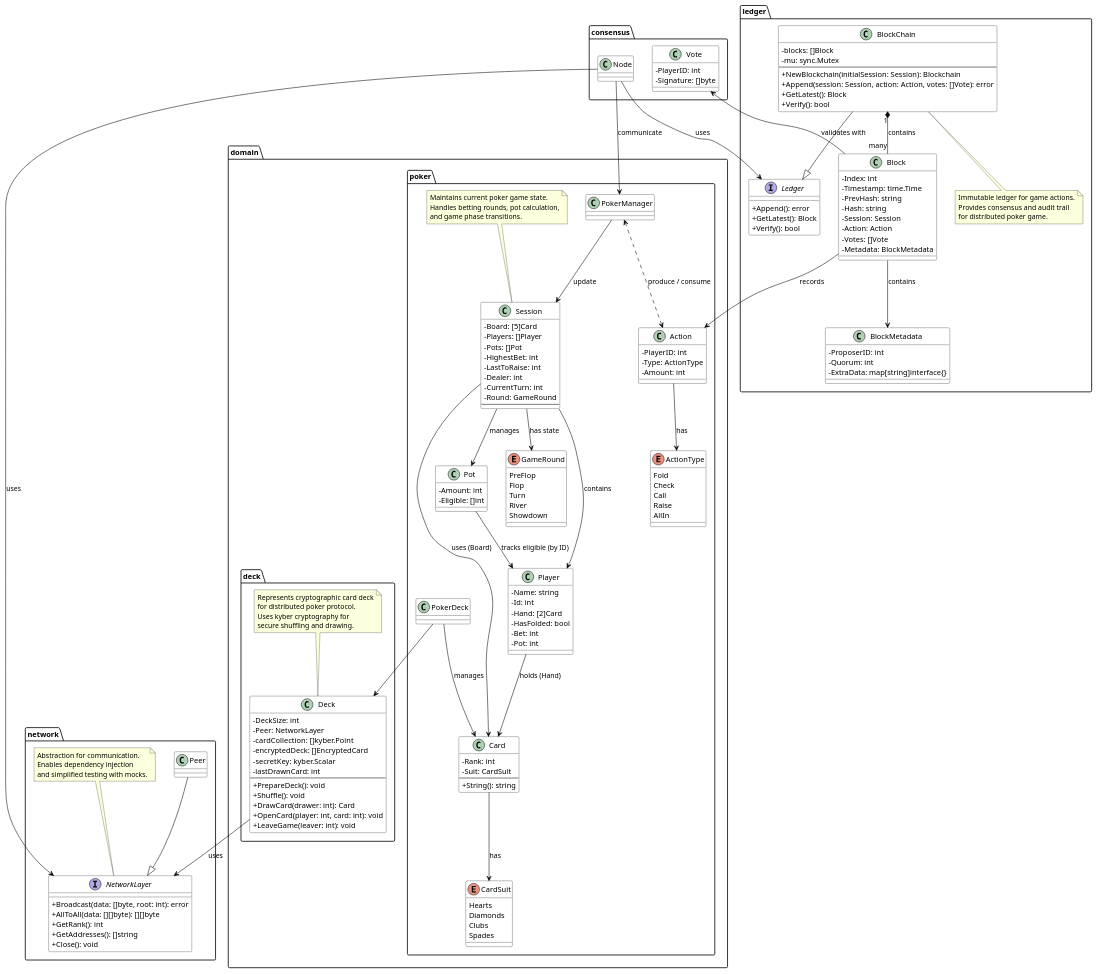
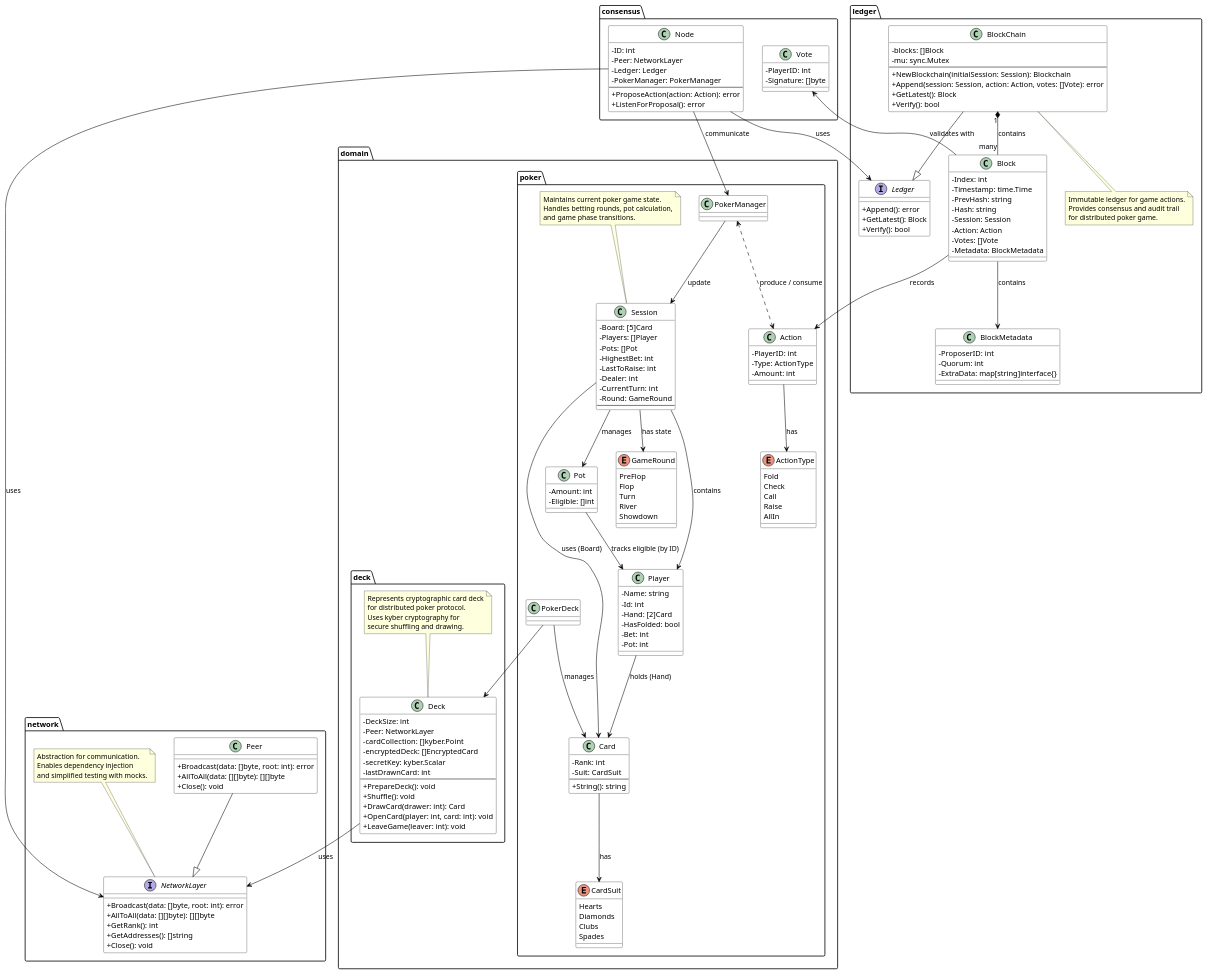
Before and after one commit to luca-patrignani/mental-poker: the diagram in report/figures/poker-uml.puml, drawn with PlantUML.

Commit message:
doc: update uml

```diff
--- a/report/figures/poker-uml.puml
+++ b/report/figures/poker-uml.puml
@@ -169,6 +169,13 @@
 package consensus {
 
     class Node {
+        - ID: int
+        - Peer: NetworkLayer
+        - Ledger: Ledger
+        - PokerManager: PokerManager
+        --
+        + ProposeAction(action: Action): error
+        + ListenForProposal(): error
     }
     
     
@@ -192,8 +199,10 @@
         + Close(): void
     }
     
-    
     class Peer {
+        + Broadcast(data: []byte, root: int): error
+        + AllToAll(data: [][]byte): [][]byte
+        + Close(): void
     }
     
     note top of NetworkLayer
```
